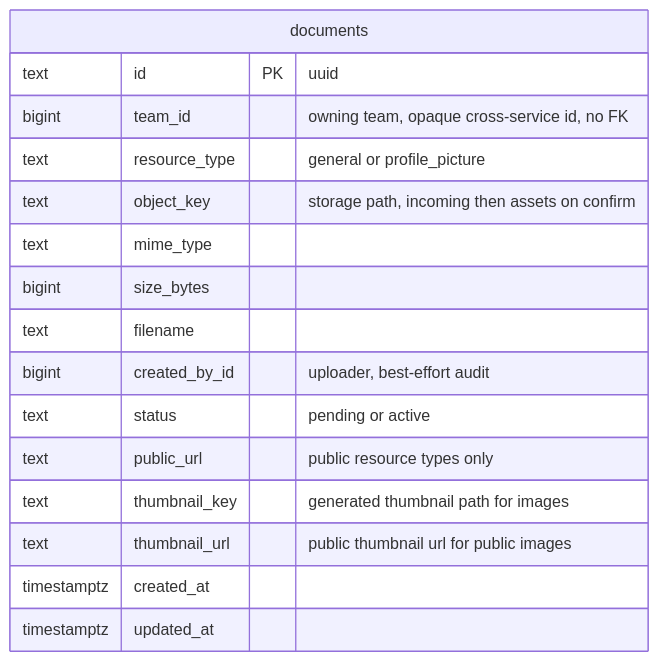
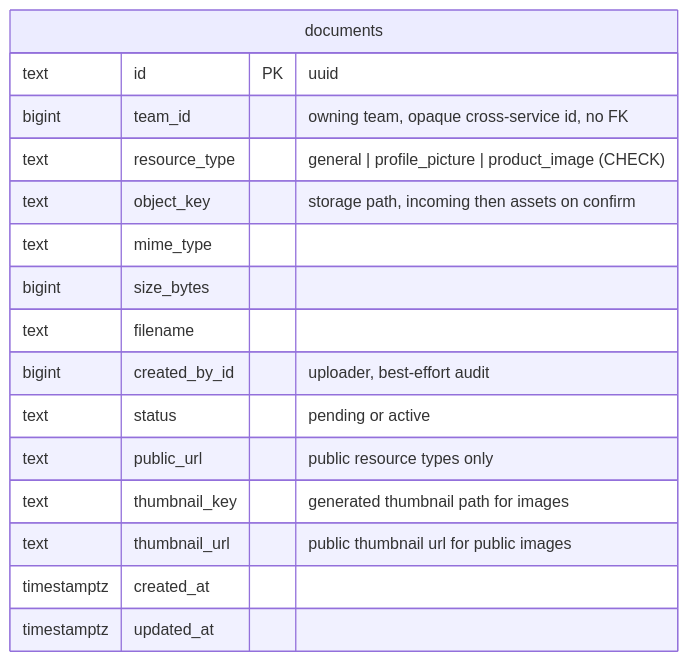
The sixth of 7 diagrams in docs/database-schema.md (pdcgo/warehouse_revamp), drawn with Mermaid before and after one commit. The commit also changed 4 other files, not shown here.

````diff
--- a/docs/database-schema.md
+++ b/docs/database-schema.md
@@ -206,19 +206,19 @@
 ```mermaid
 erDiagram
     documents {
         text        id            PK "uuid"
         bigint      team_id       "owning team, opaque cross-service id, no FK"
-        text        resource_type "general or profile_picture"
+        text        resource_type "general | profile_picture | product_image (CHECK)"
         text        object_key    "storage path, incoming then assets on confirm"
         text        mime_type
         bigint      size_bytes
         text        filename
         bigint      created_by_id "uploader, best-effort audit"
         text        status        "pending or active"
         text        public_url    "public resource types only"
         text        thumbnail_key "generated thumbnail path for images"
         text        thumbnail_url "public thumbnail url for public images"
         timestamptz created_at
         timestamptz updated_at
     }
 ```
````
